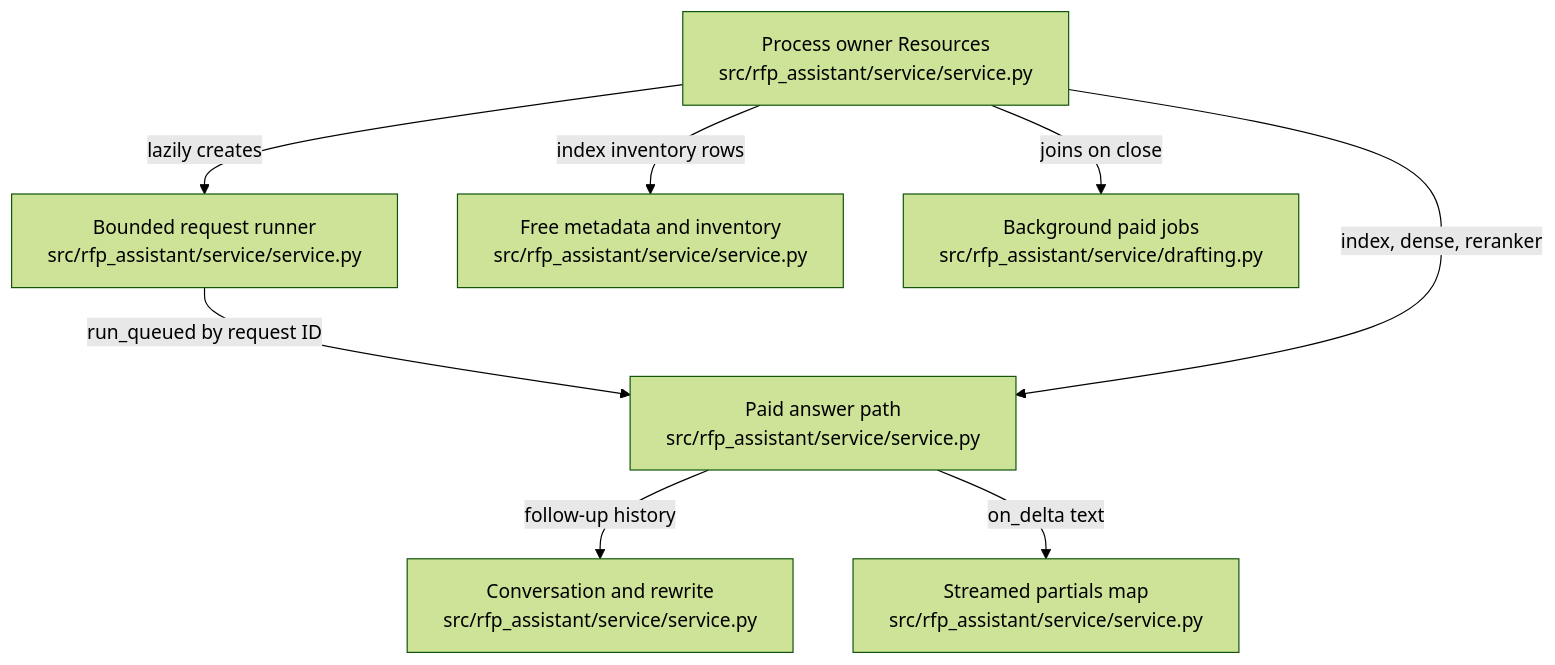
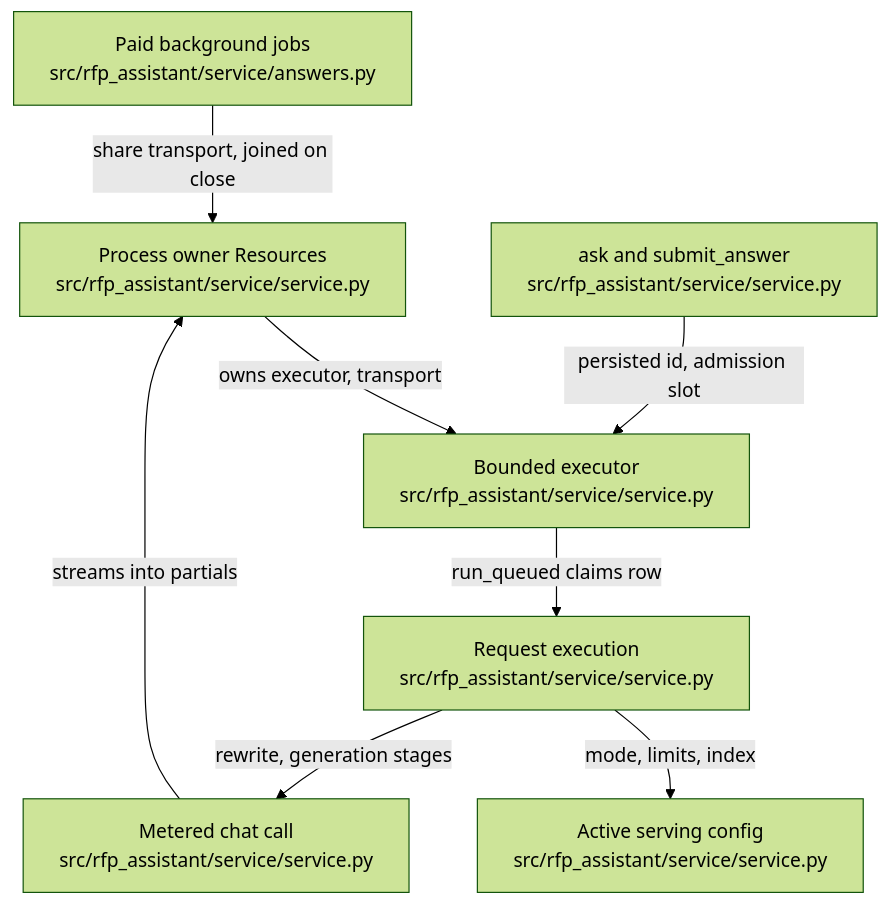
One commit to littleeeeebit/project-codeit-mid changed the diagram in .omm/overall-architecture/service-core/diagram.mmd. Above: the diagram before and after it, drawn with Mermaid (forest theme). The commit also changed 359 other files, not shown here.

```diff
--- a/.omm/overall-architecture/service-core/diagram.mmd
+++ b/.omm/overall-architecture/service-core/diagram.mmd
@@ -1,15 +1,15 @@
 graph TD
   resources["Process owner Resources\nsrc/rfp_assistant/service/service.py"]
-  runner["Bounded request runner\nsrc/rfp_assistant/service/service.py"]
-  paid-answer["Paid answer path\nsrc/rfp_assistant/service/service.py"]
-  free-answer["Free metadata and inventory\nsrc/rfp_assistant/service/service.py"]
-  conversation["Conversation and rewrite\nsrc/rfp_assistant/service/service.py"]
-  partials["Streamed partials map\nsrc/rfp_assistant/service/service.py"]
-  jobs["Background paid jobs\nsrc/rfp_assistant/service/drafting.py"]
-  resources -->|"lazily creates"| runner
-  runner -->|"run_queued by request ID"| paid-answer
-  paid-answer -->|"follow-up history"| conversation
-  paid-answer -->|"on_delta text"| partials
-  resources -->|"index, dense, reranker"| paid-answer
-  resources -->|"index inventory rows"| free-answer
-  resources -->|"joins on close"| jobs
+  request-runner["Bounded executor\nsrc/rfp_assistant/service/service.py"]
+  submit-answer["ask and submit_answer\nsrc/rfp_assistant/service/service.py"]
+  execute-request["Request execution\nsrc/rfp_assistant/service/service.py"]
+  metered-chat["Metered chat call\nsrc/rfp_assistant/service/service.py"]
+  background-jobs["Paid background jobs\nsrc/rfp_assistant/service/answers.py"]
+  serving-config["Active serving config\nsrc/rfp_assistant/service/service.py"]
+  submit-answer -->|"persisted id, admission slot"| request-runner
+  request-runner -->|"run_queued claims row"| execute-request
+  execute-request -->|"rewrite, generation stages"| metered-chat
+  execute-request -->|"mode, limits, index"| serving-config
+  metered-chat -->|"streams into partials"| resources
+  resources -->|"owns executor, transport"| request-runner
+  background-jobs -->|"share transport, joined on close"| resources
```
